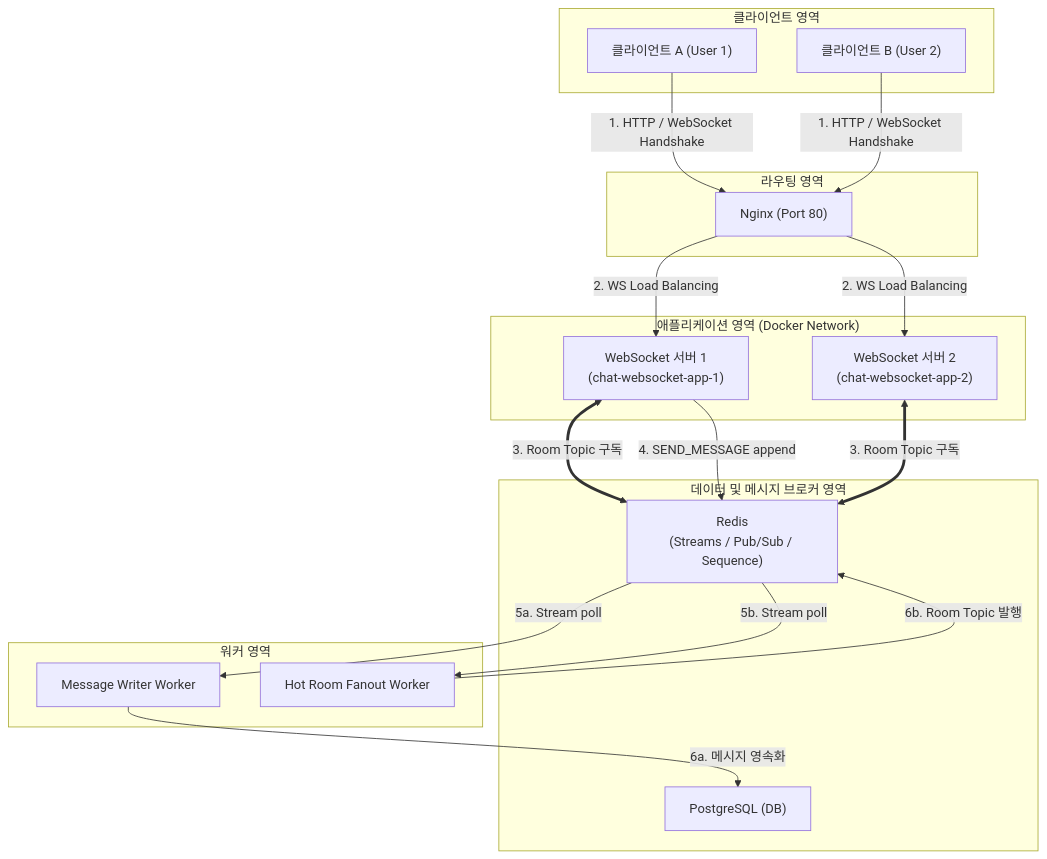
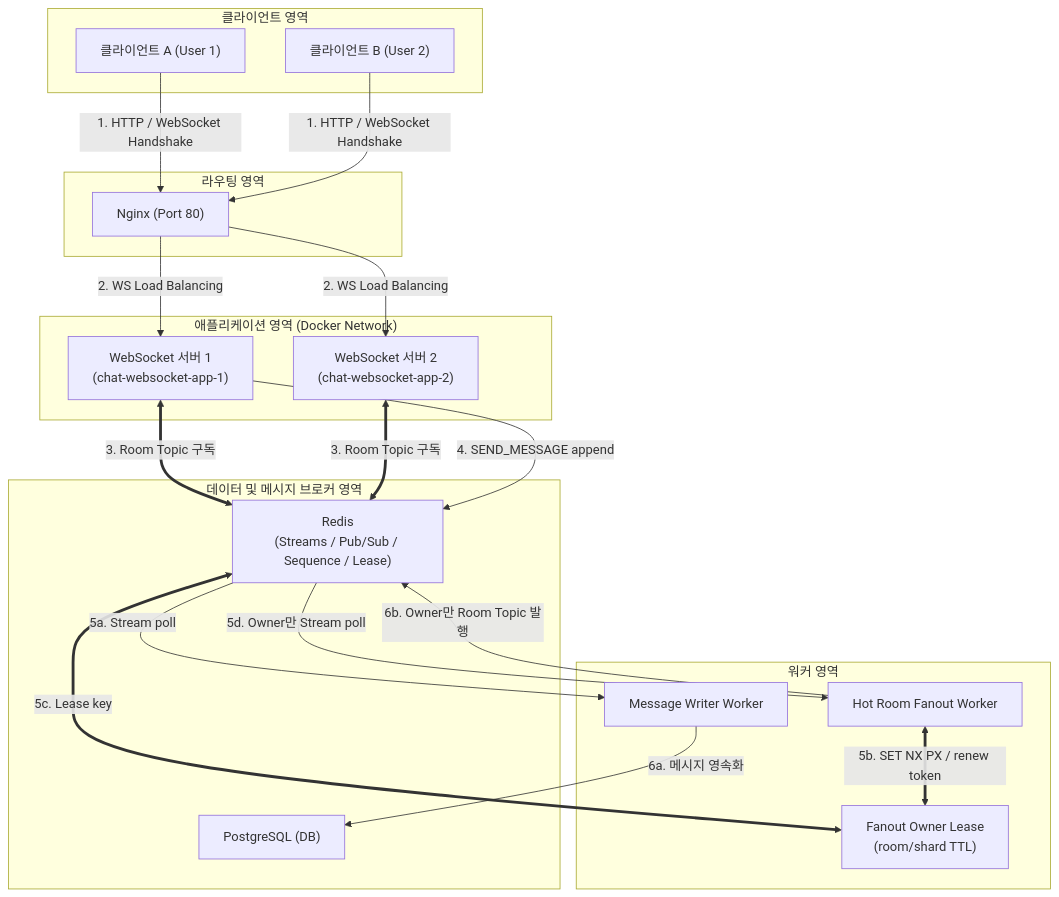
The first of 2 diagrams in docs/architecture_overview.md (ydj515/chatting-service), drawn with Mermaid before and after one commit. The commit also changed other lines of this file and 7 other files, not shown here.

Commit message:
docs: define Redis TTL fanout owner for phase 6

````diff
--- a/docs/architecture_overview.md
+++ b/docs/architecture_overview.md
@@ -11,42 +11,45 @@
 ```mermaid
 graph TD
     subgraph Clients ["클라이언트 영역"]
         ClientA["클라이언트 A (User 1)"]
         ClientB["클라이언트 B (User 2)"]
     end
 
     subgraph Gateway ["라우팅 영역"]
         Nginx["Nginx (Port 80)"]
     end
 
     subgraph AppServers ["애플리케이션 영역 (Docker Network)"]
         WS1["WebSocket 서버 1<br>(chat-websocket-app-1)"]
         WS2["WebSocket 서버 2<br>(chat-websocket-app-2)"]
     end
 
     subgraph Infra ["데이터 및 메시지 브로커 영역"]
-        Redis["Redis<br>(Streams / Pub/Sub / Sequence)"]
+        Redis["Redis<br>(Streams / Pub/Sub / Sequence / Lease)"]
         Postgres["PostgreSQL (DB)"]
     end
 
     subgraph Workers ["워커 영역"]
         Writer["Message Writer Worker"]
         Fanout["Hot Room Fanout Worker"]
+        Owner["Fanout Owner Lease<br>(room/shard TTL)"]
     end
 
     %% 연결 관계
     ClientA -->|1. HTTP / WebSocket Handshake| Nginx
     ClientB -->|1. HTTP / WebSocket Handshake| Nginx
 
     Nginx -->|2. WS Load Balancing| WS1
     Nginx -->|2. WS Load Balancing| WS2
 
     WS1 <==>|3. Room Topic 구독| Redis
     WS2 <==>|3. Room Topic 구독| Redis
 
     WS1 -->|4. SEND_MESSAGE append| Redis
     Redis -->|5a. Stream poll| Writer
     Writer -->|6a. 메시지 영속화| Postgres
-    Redis -->|5b. Stream poll| Fanout
-    Fanout -->|6b. Room Topic 발행| Redis
+    Fanout <==>|5b. SET NX PX / renew token| Owner
+    Owner <==>|5c. Lease key| Redis
+    Redis -->|5d. Owner만 Stream poll| Fanout
+    Fanout -->|6b. Owner만 Room Topic 발행| Redis
 ```
````
